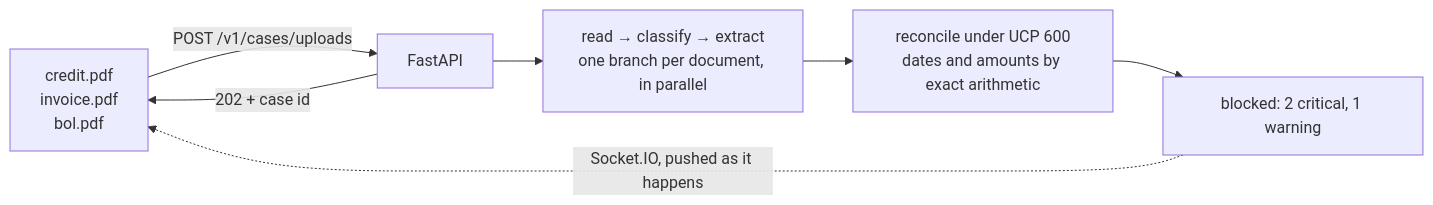
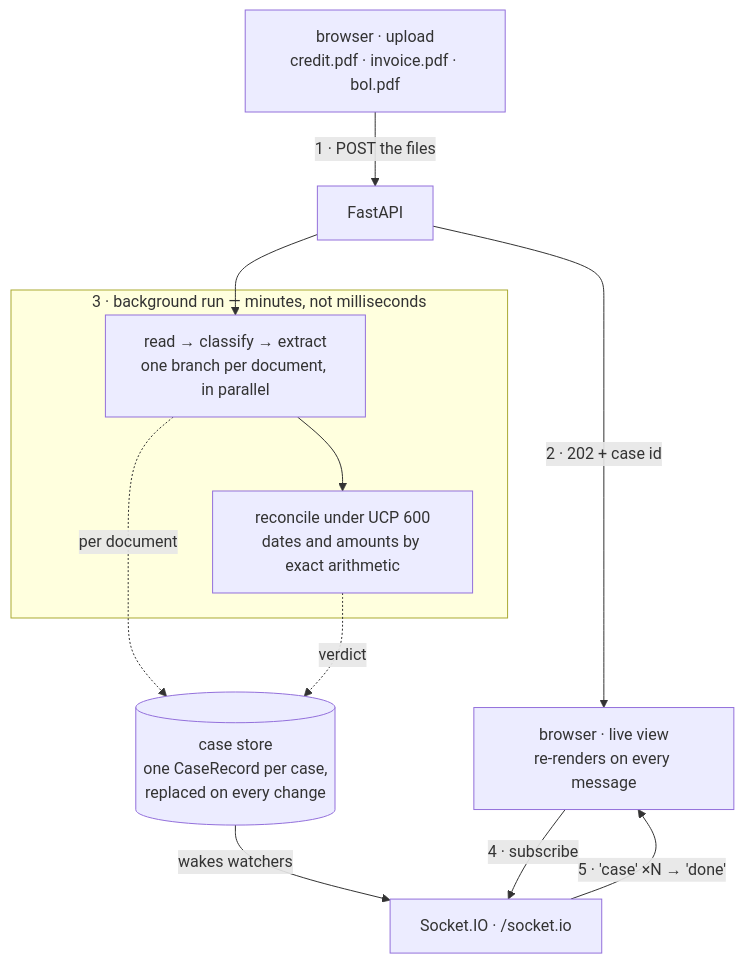
The first of 2 diagrams in README.md (selvakumarperumal/Trade_Finance_Doc_Mismatch_Detector), drawn with Mermaid before and after one commit. The commit also changed other lines of this file and 1 other file, not shown here.

````diff
--- a/README.md
+++ b/README.md
@@ -19,9 +19,24 @@
 ```mermaid
-flowchart LR
-    U["credit.pdf<br/>invoice.pdf<br/>bol.pdf"] -->|"POST /v1/cases/uploads"| API["FastAPI"]
-    API -->|"202 + case id"| U
-    API --> G["read → classify → extract<br/>one branch per document, in parallel"]
-    G --> R["reconcile under UCP 600<br/>dates and amounts by exact arithmetic"]
-    R --> OUT["blocked: 2 critical, 1 warning"]
-    OUT -.->|"Socket.IO, pushed as it happens"| U
+flowchart TD
+    UP["browser · upload<br/>credit.pdf · invoice.pdf · bol.pdf"]
+    API["FastAPI"]
+    STORE[("case store<br/>one CaseRecord per case,<br/>replaced on every change")]
+    SIO["Socket.IO · /socket.io"]
+    VIEW["browser · live view<br/>re-renders on every message"]
+
+    UP -->|"1 · POST the files"| API
+    API -->|"2 · 202 + case id"| VIEW
+    API --> ING
+
+    subgraph WORK["3 · background run — minutes, not milliseconds"]
+        ING["read → classify → extract<br/>one branch per document, in parallel"]
+        REC["reconcile under UCP 600<br/>dates and amounts by exact arithmetic"]
+        ING --> REC
+    end
+
+    ING -.->|"per document"| STORE
+    REC -.->|"verdict"| STORE
+    STORE -->|"wakes watchers"| SIO
+    VIEW -->|"4 · subscribe"| SIO
+    SIO -->|"5 · 'case' ×N → 'done'"| VIEW
 ```
````
